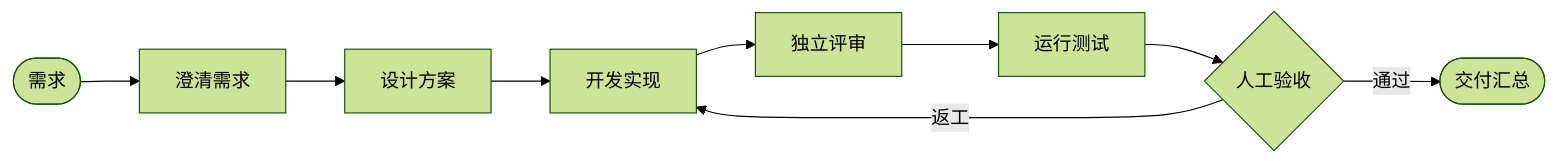
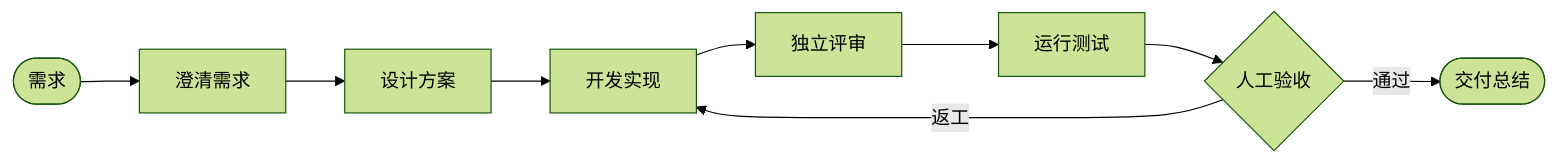
The diagram in README.zh-CN.md (Tencent/LoopForge), drawn with Mermaid (forest theme) before and after one commit. The commit also changed other lines of this file and 21 other files, not shown here.

````diff
--- a/README.zh-CN.md
+++ b/README.zh-CN.md
@@ -106,11 +111,11 @@
 ```mermaid
 flowchart LR
   R([需求]) --> A[澄清需求]
   A --> B[设计方案]
   B --> C[开发实现]
   C --> D[独立评审]
   D --> E[运行测试]
   E --> F{人工验收}
-  F -->|通过| G([交付汇总])
+  F -->|通过| G([交付总结])
   F -->|返工| C
 ```
````
